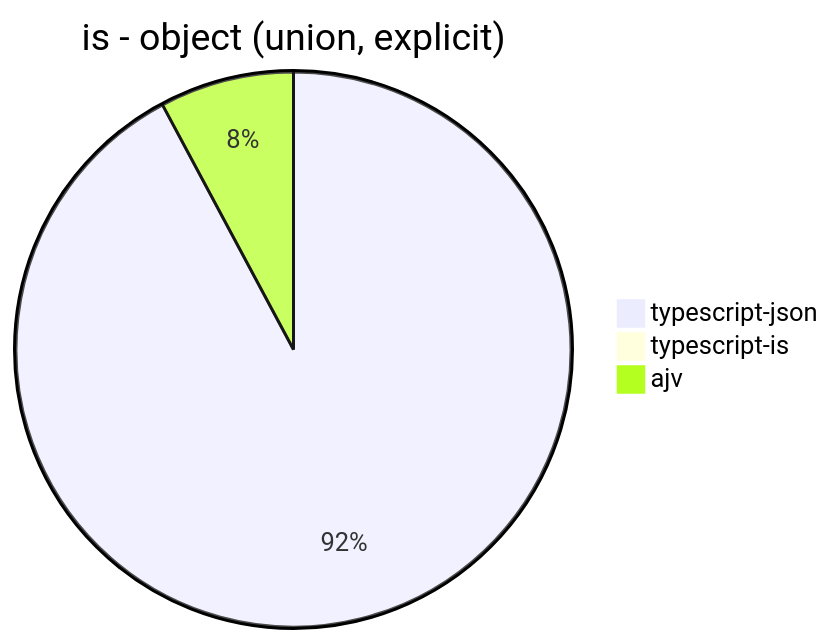
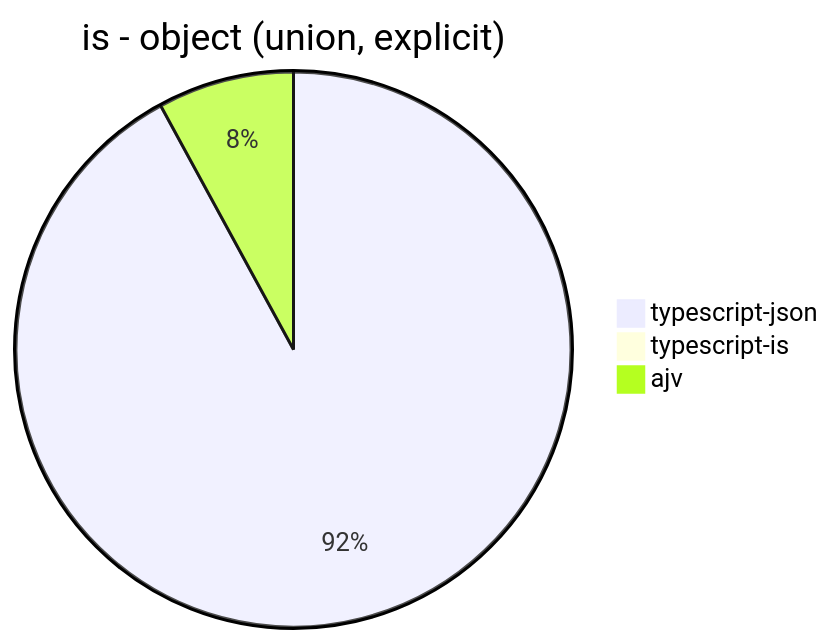
Before and after one commit to samchon/typia: the ninth of 30 diagrams in benchmark/results/AMD Ryzen 7 5800H with Radeon Graphics         .md, drawn with Mermaid. The commit also changed other lines of this file, not shown here.

````diff
--- a/benchmark/results/AMD Ryzen 7 5800H with Radeon Graphics         .md
+++ b/benchmark/results/AMD Ryzen 7 5800H with Radeon Graphics         .md
@@ -92,6 +92,6 @@
 ```mermaid
 pie title is - object (union, explicit)
-  "typescript-json": 13996.142542248346
+  "typescript-json": 13328.762045959971
   "typescript-is": 0
-  "ajv": 1187.6524676299493
+  "ajv": 1149.4379952091397
 ```
````
